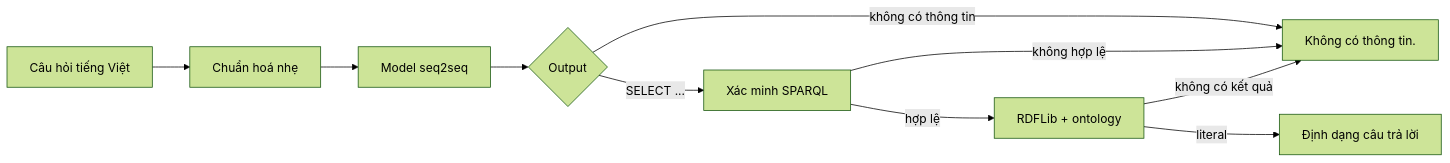
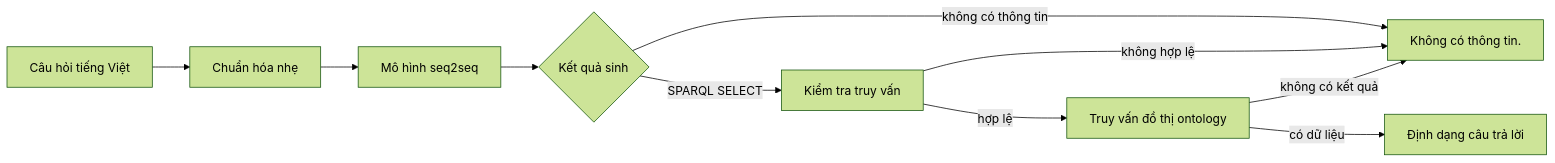
Before and after one commit to vpthinh19/ontology-chatbot: the first of 2 diagrams in README.md, drawn with Mermaid (forest theme). The commit also changed other lines of this file and 1 other file, not shown here.

````diff
--- a/README.md
+++ b/README.md
@@ -42,12 +73,12 @@
 ```mermaid
 flowchart LR
-    Q["Câu hỏi tiếng Việt"] --> N["Chuẩn hoá nhẹ"]
-    N --> M["Model seq2seq"]
-    M --> D{"Output"}
+    Q["Câu hỏi tiếng Việt"] --> N["Chuẩn hóa nhẹ"]
+    N --> M["Mô hình seq2seq"]
+    M --> D{"Kết quả sinh"}
     D -- "không có thông tin" --> X["Không có thông tin."]
-    D -- "SELECT ..." --> V["Xác minh SPARQL"]
+    D -- "SPARQL SELECT" --> V["Kiểm tra truy vấn"]
     V -- "không hợp lệ" --> X
-    V -- "hợp lệ" --> O["RDFLib + ontology"]
-    O -- "không có kết quả" --> X
-    O -- "literal" --> R["Định dạng câu trả lời"]
+    V -- "hợp lệ" --> G["Truy vấn đồ thị ontology"]
+    G -- "không có kết quả" --> X
+    G -- "có dữ liệu" --> R["Định dạng câu trả lời"]
 ```
````
